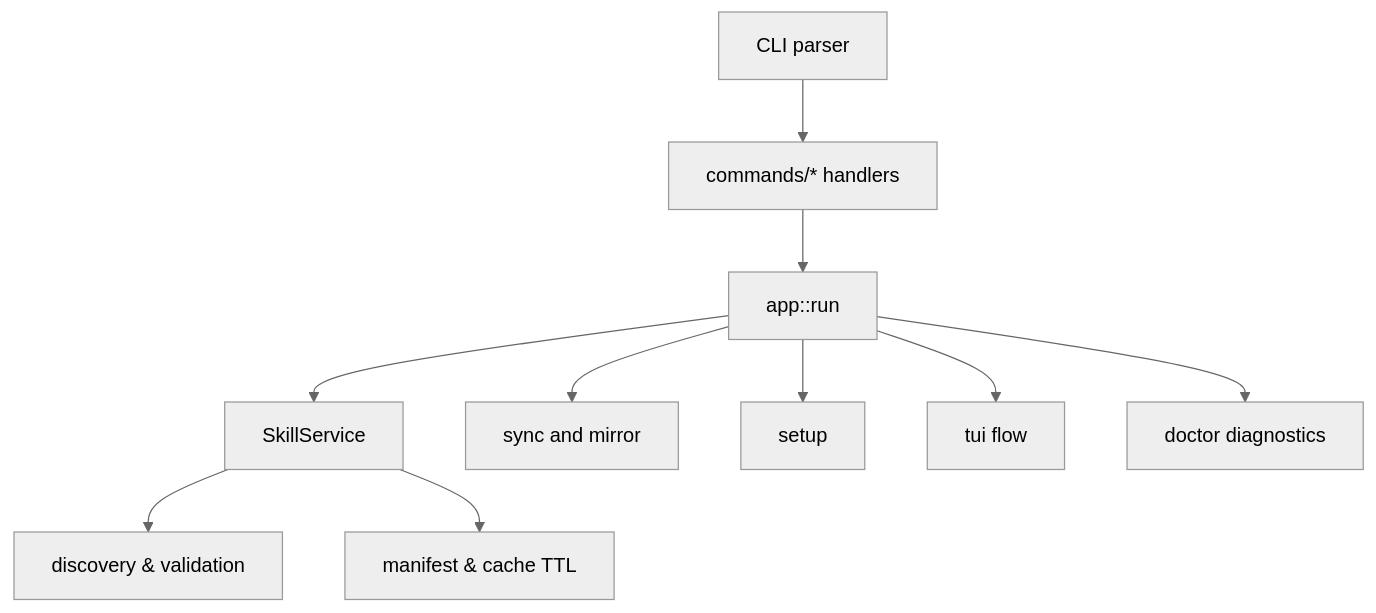
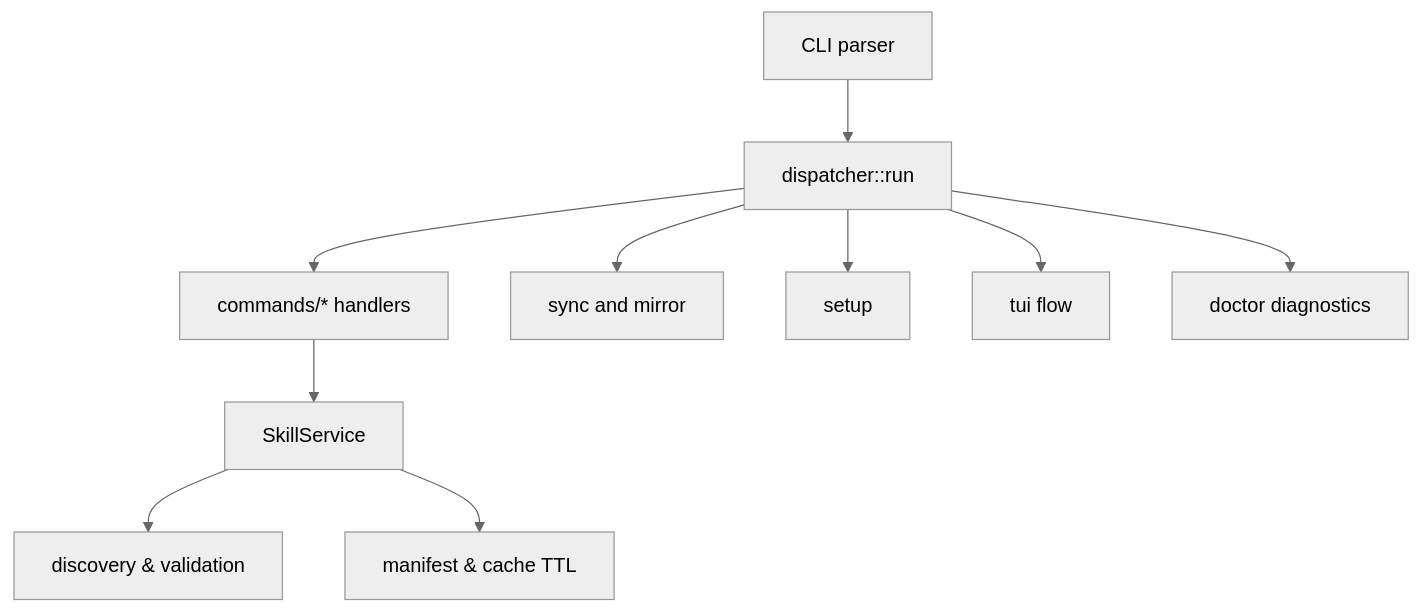
Before and after one commit to athola/skrills: the first of 2 diagrams in docs/architecture.md, drawn with Mermaid (neutral theme). The commit also changed other lines of this file and 312 other files, not shown here.

````diff
--- a/docs/architecture.md
+++ b/docs/architecture.md
@@ -7,12 +7,12 @@
 ```mermaid
 graph TD
-    CLI[CLI parser] --> Commands[commands/* handlers]
-    Commands --> App[app::run]
-    App --> SkillService
+    CLI[CLI parser] --> App[dispatcher::run]
+    App --> Commands[commands/* handlers]
+    Commands --> SkillService
     SkillService --> Discovery[discovery & validation]
     SkillService --> State[manifest & cache TTL]
     App --> Sync[sync and mirror]
     App --> Setup[setup]
     App --> Tui[tui flow]
     App --> Doctor[doctor diagnostics]
 ```
````
